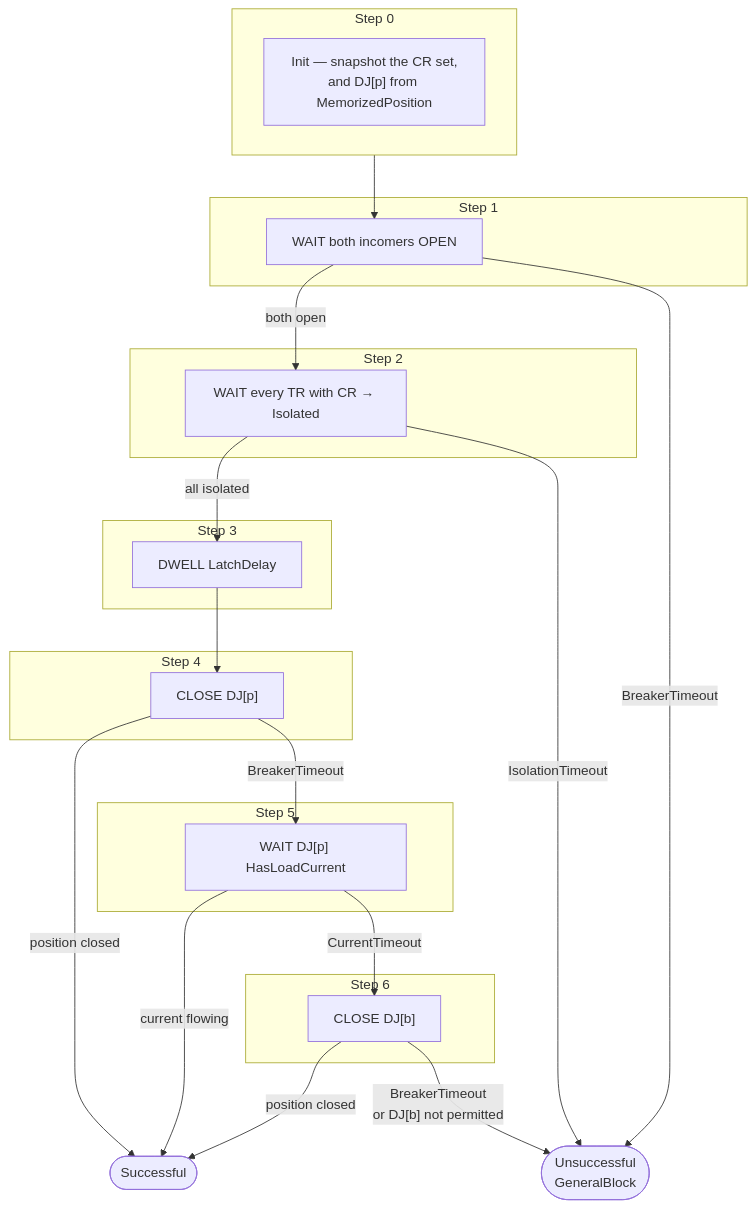
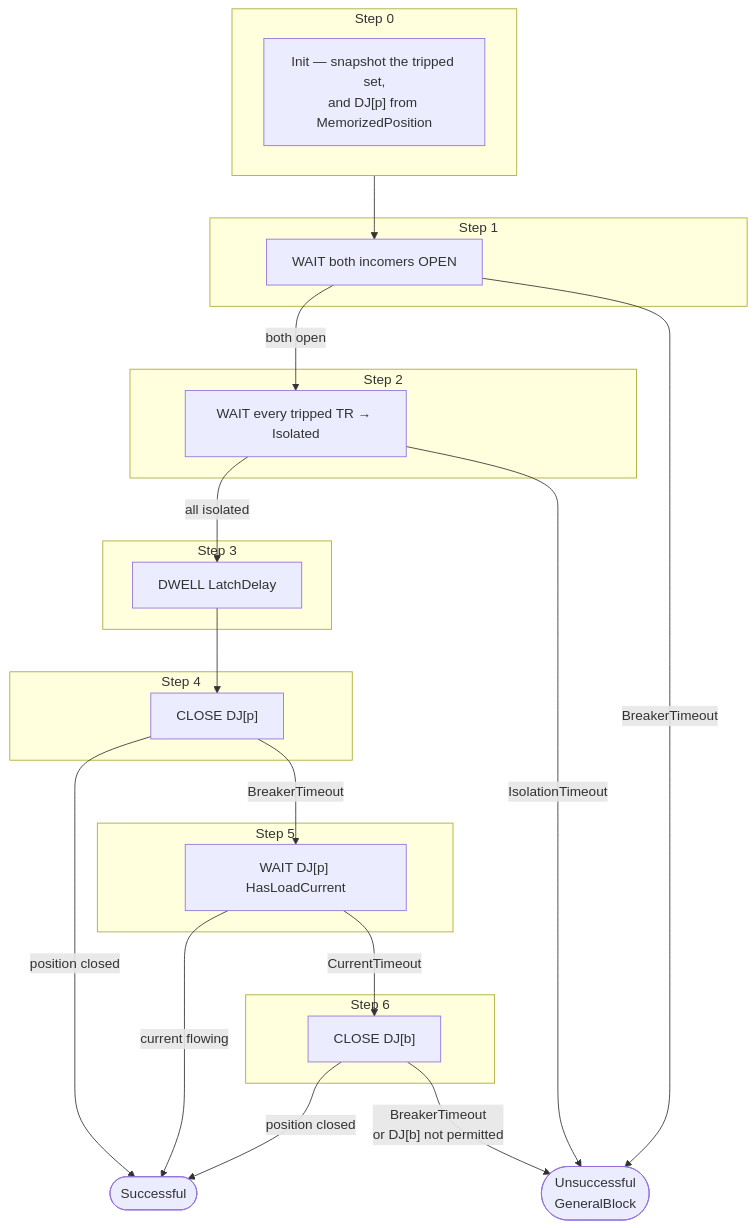
Diagram 11 of 12 in docs/maneuver_flows.md (leandro-automa/edp-sp-xatm), drawn with Mermaid before and after one commit. The commit also changed other lines of this file, not shown here.

````diff
--- a/docs/maneuver_flows.md
+++ b/docs/maneuver_flows.md
@@ -404,52 +410,52 @@
 ```mermaid
 flowchart TD
     subgraph G0["Step 0"]
-        P0["Init — snapshot the CR set,\nand DJ[p] from MemorizedPosition"]
+        P0["Init — snapshot the tripped set,\nand DJ[p] from MemorizedPosition"]
     end
 
     subgraph G1["Step 1"]
         P1["WAIT both incomers OPEN"]
     end
 
     subgraph G2["Step 2"]
-        P2["WAIT every TR with CR → Isolated"]
+        P2["WAIT every tripped TR → Isolated"]
     end
 
     subgraph G3["Step 3"]
         P3["DWELL LatchDelay"]
     end
 
     subgraph G4["Step 4"]
         P4["CLOSE DJ[p]"]
     end
 
     subgraph G5["Step 5"]
         P5["WAIT DJ[p] HasLoadCurrent"]
     end
 
     subgraph G6["Step 6"]
         P6["CLOSE DJ[b]"]
     end
 
     G0 --> P1
 
     P1 -->|"both open"| P2
     P1 -->|"BreakerTimeout"| BAD
 
     P2 -->|"all isolated"| P3
     P2 -->|"IsolationTimeout"| BAD
 
     P3 --> P4
 
     P4 -->|"position closed"| OK
     P4 -->|"BreakerTimeout"| P5
 
     P5 -->|"current flowing"| OK
     P5 -->|"CurrentTimeout"| P6
 
     P6 -->|"position closed"| OK
     P6 -->|"BreakerTimeout\nor DJ[b] not permitted"| BAD
 
     OK(["Successful"])
     BAD(["Unsuccessful\nGeneralBlock"])
 ```
````
